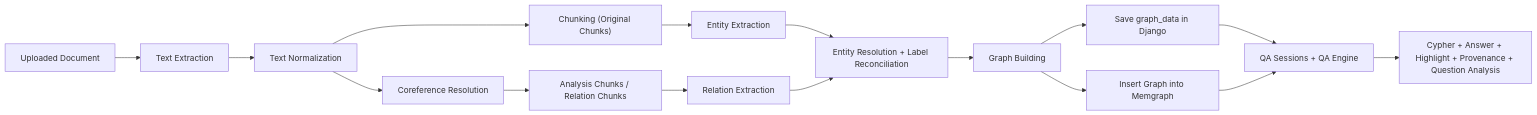
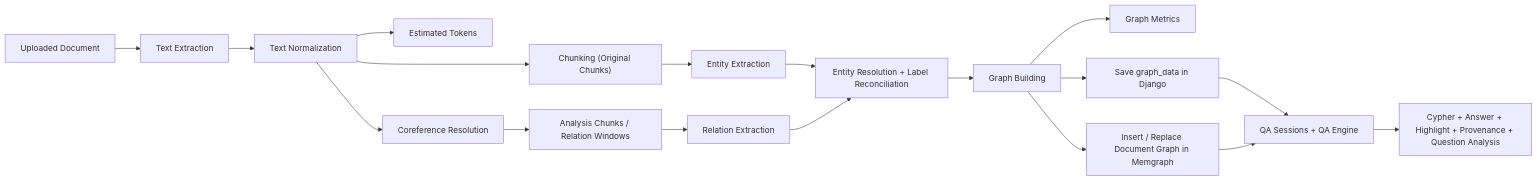
The diagram in project_context.md (helios51193/knowledge-graph-qa), drawn with Mermaid before and after one commit. The commit also changed other lines of this file and 20 other files, not shown here.

Commit message:
Add Docker runtime, log viewer, token estimates, and graph QA polish

````diff
--- a/project_context.md
+++ b/project_context.md
@@ -407,18 +382,20 @@
 ```mermaid
 flowchart LR
     A["Uploaded Document"] --> B["Text Extraction"]
     B --> C["Text Normalization"]
+    C --> C1["Estimated Tokens"]
     C --> D["Chunking (Original Chunks)"]
     C --> E["Coreference Resolution"]
-    E --> F["Analysis Chunks / Relation Chunks"]
+    E --> F["Analysis Chunks / Relation Windows"]
     D --> G["Entity Extraction"]
     F --> H["Relation Extraction"]
     G --> I["Entity Resolution + Label Reconciliation"]
     H --> I
     I --> J["Graph Building"]
-    J --> K["Save graph_data in Django"]
-    J --> L["Insert Graph into Memgraph"]
-    K --> M["QA Sessions + QA Engine"]
-    L --> M
-    M --> N["Cypher + Answer + Highlight + Provenance + Question Analysis"]
+    J --> K["Graph Metrics"]
+    J --> L["Save graph_data in Django"]
+    J --> M["Insert / Replace Document Graph in Memgraph"]
+    L --> N["QA Sessions + QA Engine"]
+    M --> N
+    N --> O["Cypher + Answer + Highlight + Provenance + Question Analysis"]
 ```
````
